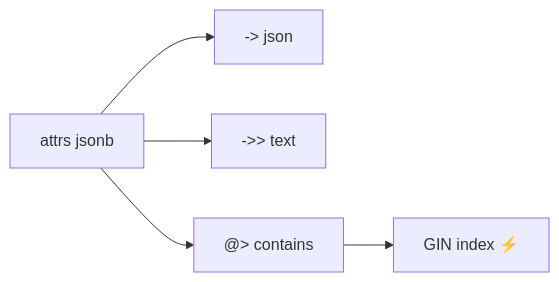
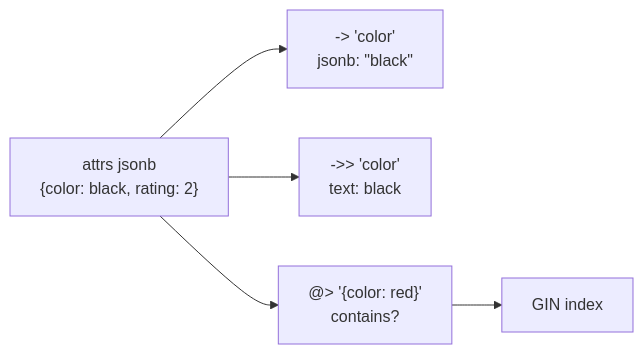
Before and after one commit to wesamkhateeb98-creator/postgresql-zero-to-hero: the diagram in Doc/04-advanced-sql/03-jsonb.md, drawn with Mermaid. The commit also changed other lines of this file and 29 other files, not shown here.

````diff
--- a/Doc/04-advanced-sql/03-jsonb.md
+++ b/Doc/04-advanced-sql/03-jsonb.md
@@ -5,7 +5,7 @@
 ```mermaid
 flowchart LR
-    C["attrs jsonb"] --> A["-> json"]
-    C --> B["->> text"]
-    C --> D["@> contains"]
-    D --> G["GIN index ⚡"]
+    C["attrs jsonb<br/>{color: black, rating: 2}"] --> A["-> 'color'<br/>jsonb: &quot;black&quot;"]
+    C --> B["->> 'color'<br/>text: black"]
+    C --> D["@> '{color: red}'<br/>contains?"]
+    D --> G["GIN index"]
 ```
````
